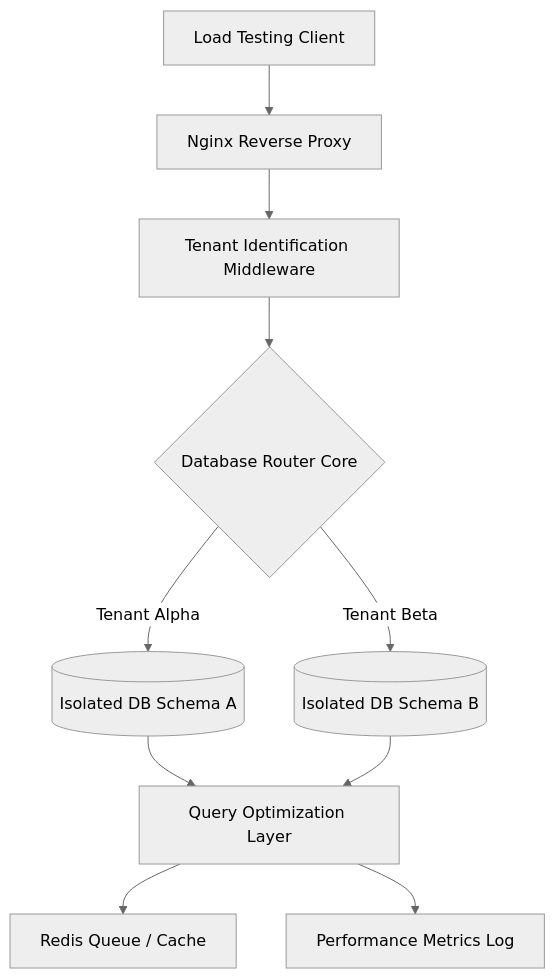
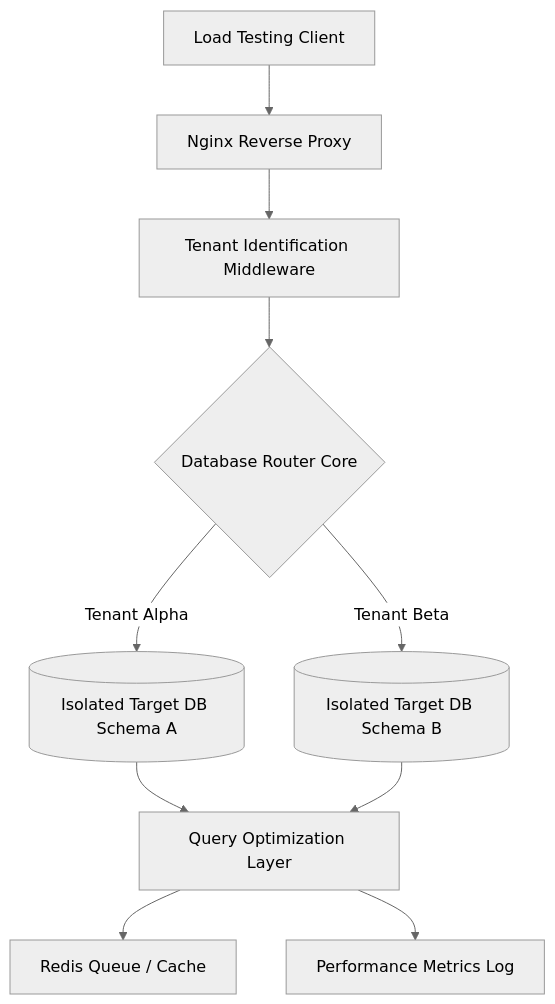
One commit to Karan-kb/Distributed-Enterprise-ERP-Core changed the diagram in README.md. Above: the diagram before and after it, drawn with Mermaid (neutral theme). The commit also changed other lines of this file, not shown here.

First line of the commit message:
Revise README with updated schema and metrics removal

````diff
--- a/README.md
+++ b/README.md
@@ -9,12 +9,12 @@
 ```mermaid
 graph TD
     A[Load Testing Client] --> B[Nginx Reverse Proxy]
     B --> C[Tenant Identification Middleware]
     C --> D{Database Router Core}
-    D -->|Tenant Alpha| E[(Isolated DB Schema A)]
-    D -->|Tenant Beta| F[(Isolated DB Schema B)]
+    D -->|Tenant Alpha| E[(Isolated Target DB Schema A)]
+    D -->|Tenant Beta| F[(Isolated Target DB Schema B)]
     E --> G[Query Optimization Layer]
     F --> G
     G --> H[Redis Queue / Cache]
     G --> I[Performance Metrics Log]
 ```
````
